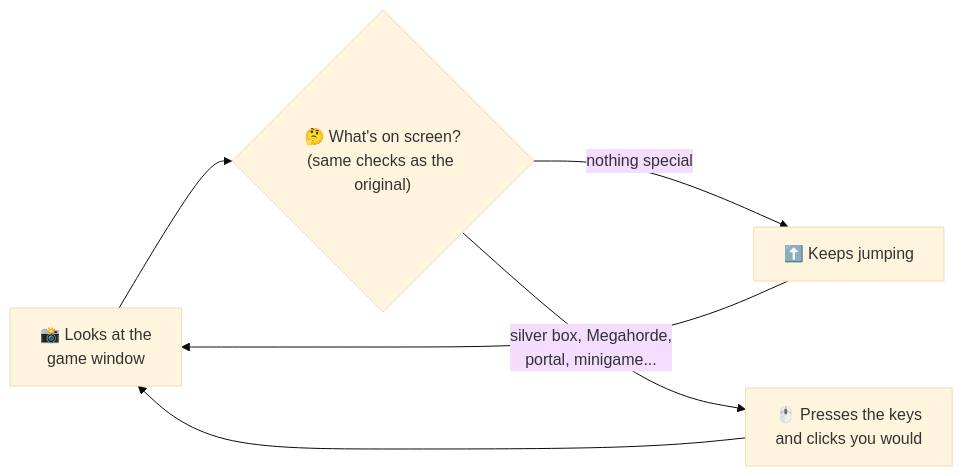
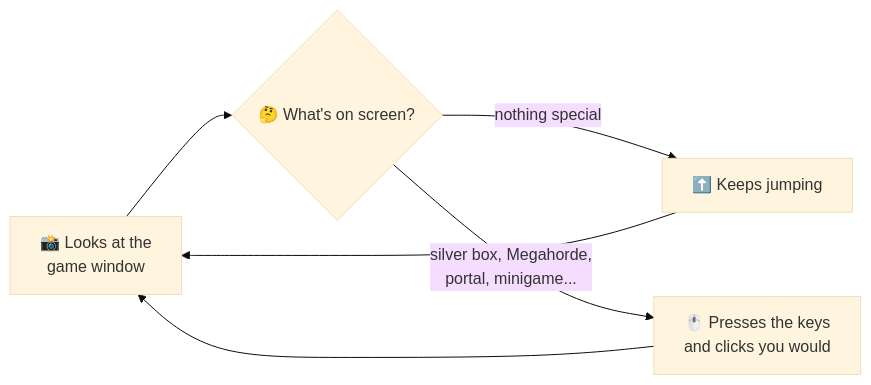
Before and after one commit to santiguti/idle-runner-linux: the diagram in README.md, drawn with Mermaid (base theme). The commit also changed other lines of this file and 34 other files, not shown here.

````diff
--- a/README.md
+++ b/README.md
@@ -72,8 +69,8 @@
 ```mermaid
 flowchart LR
-    A["📸 Looks at the<br/>game window"] --> B{"🤔 What's on screen?<br/>(same checks as the original)"}
+    A["📸 Looks at the<br/>game window"] --> B{"🤔 What's on screen?"}
     B -->|nothing special| C["⬆️ Keeps jumping"]
     B -->|silver box, Megahorde,<br/>portal, minigame...| D["🖱️ Presses the keys<br/>and clicks you would"]
     C --> A
     D --> A
 ```
````
